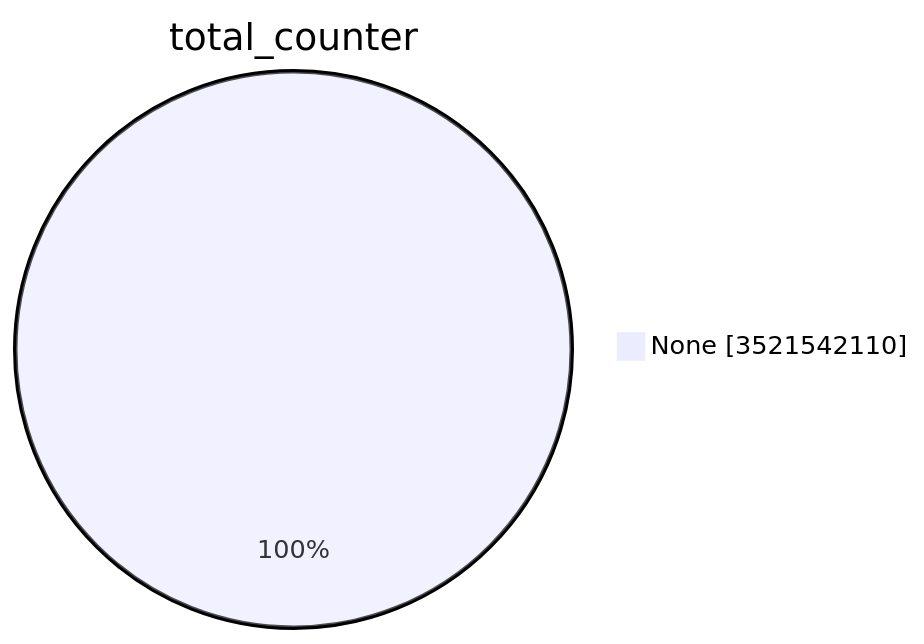
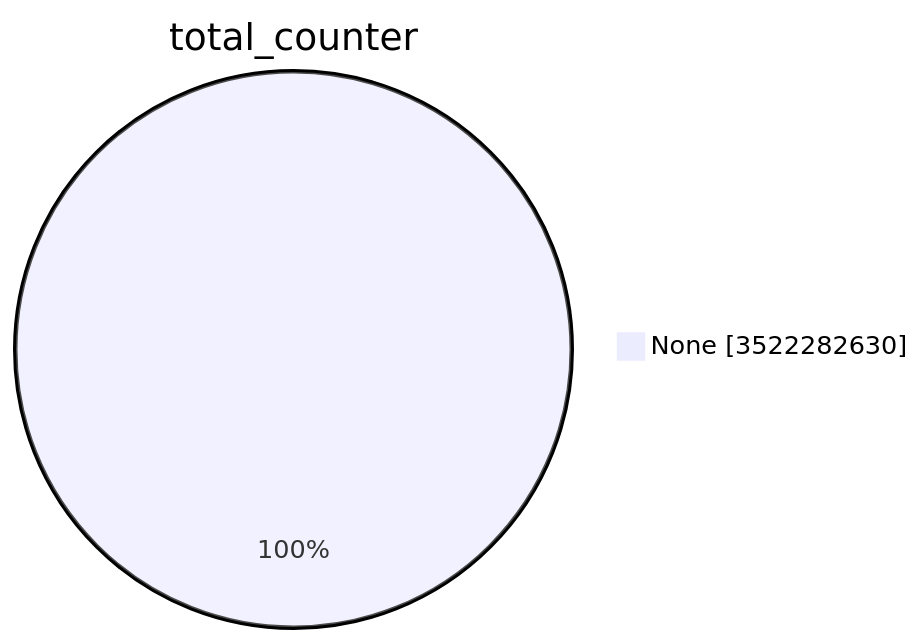
The first of 15 diagrams in TOTAL/README.md (christiankrug/ctmonitor_visualization), drawn with Mermaid before and after one commit. The commit also changed other lines of this file, not shown here.

````diff
--- a/TOTAL/README.md
+++ b/TOTAL/README.md
@@ -1,5 +1,5 @@
 ```mermaid
 pie showData
 title total_counter
-"None" :3521542110
+"None" :3522282630
 ```
````
